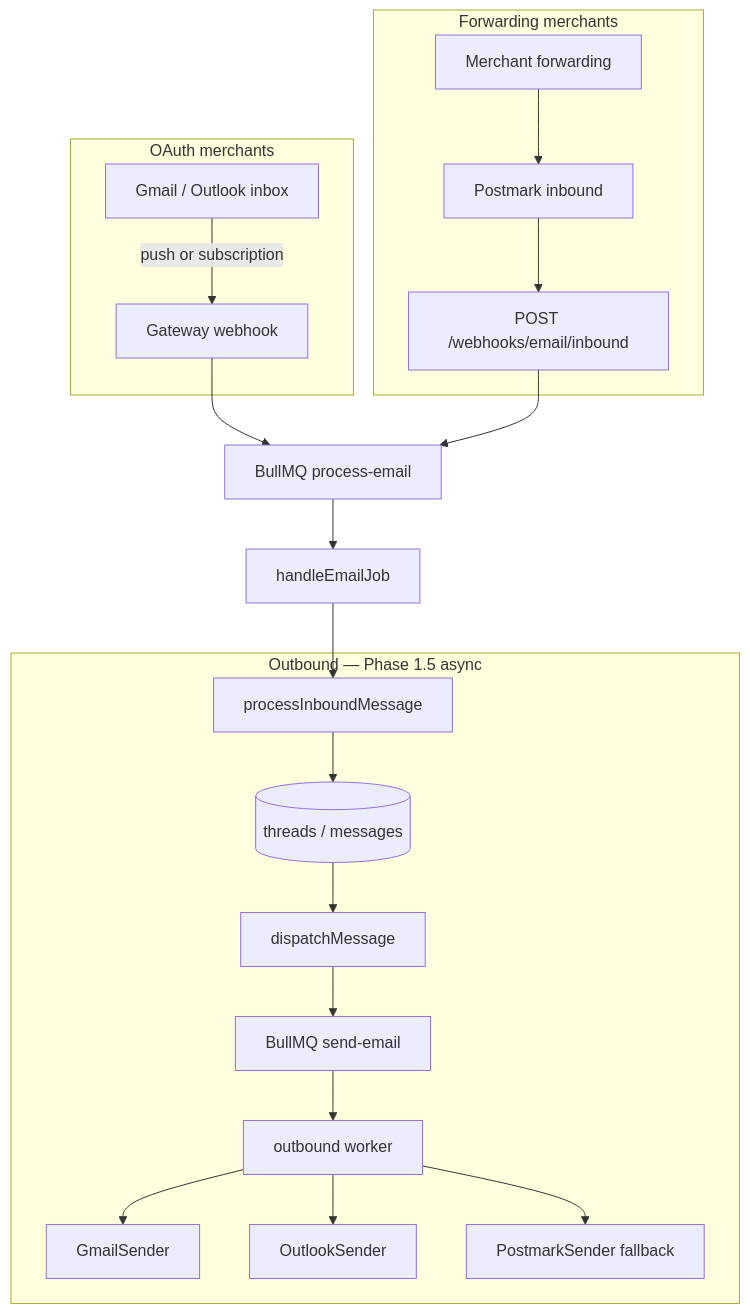
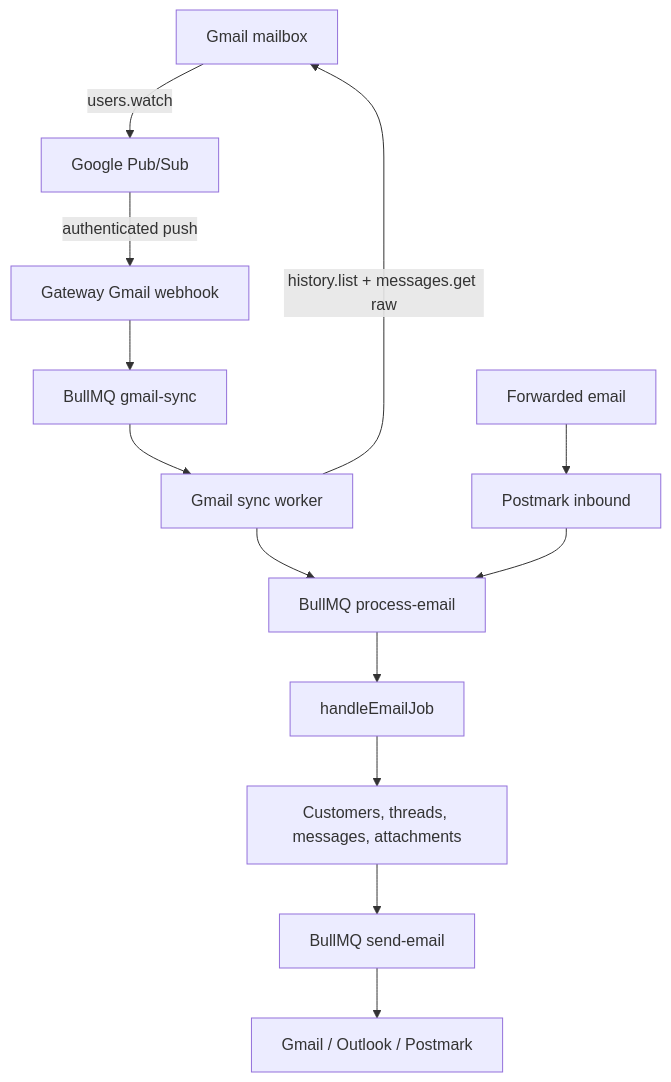
One commit to walledog11/shopkeeper changed the diagram in docs/email-integration-plan.md. Above: the diagram before and after it, drawn with Mermaid. The commit also changed other lines of this file and 68 other files, not shown here.

First line of the commit message:
Native Gmail push sync and marketing chat demo rework

````diff
--- a/docs/email-integration-plan.md
+++ b/docs/email-integration-plan.md
@@ -79,27 +47,18 @@
 ```mermaid
 flowchart TB
-  subgraph oauth [OAuth merchants]
-    GW[Gmail / Outlook inbox]
-    GW -->|push or subscription| WH[Gateway webhook]
-  end
+  Gmail[Gmail mailbox] -->|users.watch| PubSub[Google Pub/Sub]
+  PubSub -->|authenticated push| Push[Gateway Gmail webhook]
+  Push --> SyncQ[BullMQ gmail-sync]
+  SyncQ --> Sync[Gmail sync worker]
+  Sync -->|history.list + messages.get raw| Gmail
+  Sync --> EmailQ[BullMQ process-email]
 
-  subgraph fallback [Forwarding merchants]
-    FWD[Merchant forwarding] --> PM[Postmark inbound]
-    PM --> WH2[POST /webhooks/email/inbound]
-  end
+  Forward[Forwarded email] --> Postmark[Postmark inbound]
+  Postmark --> EmailQ
 
-  WH --> Q[BullMQ process-email]
-  WH2 --> Q
-  Q --> H[handleEmailJob]
-  H --> P[processInboundMessage]
+  EmailQ --> Handler[handleEmailJob]
+  Handler --> Tickets[Customers, threads, messages, attachments]
 
-  subgraph outbound [Outbound — Phase 1.5 async]
-    P --> DB[(threads / messages)]
-    DB --> D[dispatchMessage]
-    D --> OQ[BullMQ send-email]
-    OQ --> W[outbound worker]
-    W --> GS[GmailSender]
-    W --> OS[OutlookSender]
-    W --> PS[PostmarkSender fallback]
-  end
+  Tickets --> SendQ[BullMQ send-email]
+  SendQ --> Providers[Gmail / Outlook / Postmark]
 ```
````
